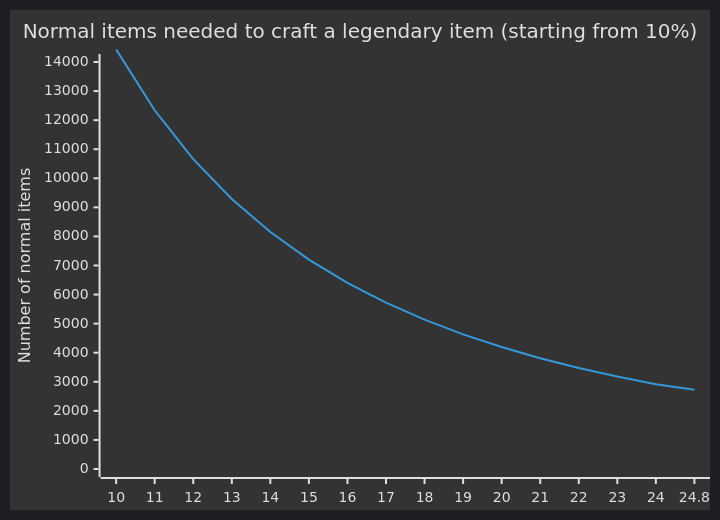
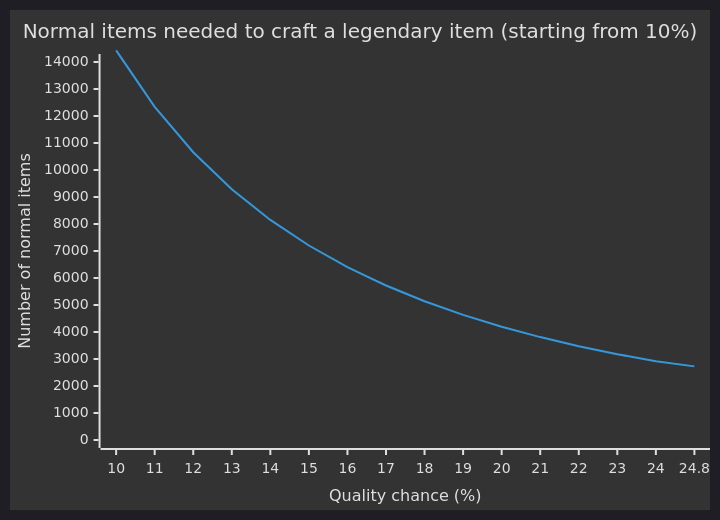
Before and after one commit to dfamonteiro/blog: the fourth of 6 diagrams in blog/content/posts/factorio-pure-recycler-loop.md, drawn with Mermaid. The commit also changed other lines of this file and 4 other files, not shown here.

Commit message:
Two more charts

```diff
--- a/blog/content/posts/factorio-pure-recycler-loop.md
+++ b/blog/content/posts/factorio-pure-recycler-loop.md
@@ -207,12 +206,11 @@
-<pre style="text-align:center" class="mermaid" id="normal-to-legendary-ratio">
+<pre style="text-align:center" class="mermaid">
 ---
-title: Normal items needed to craft a legendary item (starting from 10%)
 config:
   theme: dark
 ---
 xychart-beta
     title "Normal items needed to craft a legendary item (starting from 10%)"
-    x-axis [10, 11, 12, 13, 14, 15, 16, 17, 18, 19, 20, 21, 22, 23, 24, 24.8]
+    x-axis "Quality chance (%)" [10, 11, 12, 13, 14, 15, 16, 17, 18, 19, 20, 21, 22, 23, 24, 24.8]
     y-axis "Number of normal items" 0 --> 14000
     line [14430.015645433099, 12339.492586876928, 10658.332376632781, 9285.998982461751, 8151.406056252092, 7203.000009109451, 6402.577635616764, 5721.297803873242, 5137.031906270301, 4632.558279121844, 4194.304003533878, 3811.450711699854, 3475.287804518467, 3178.73735561973, 2916.000006871485, 2726.9095125910867]
 </pre>
```
